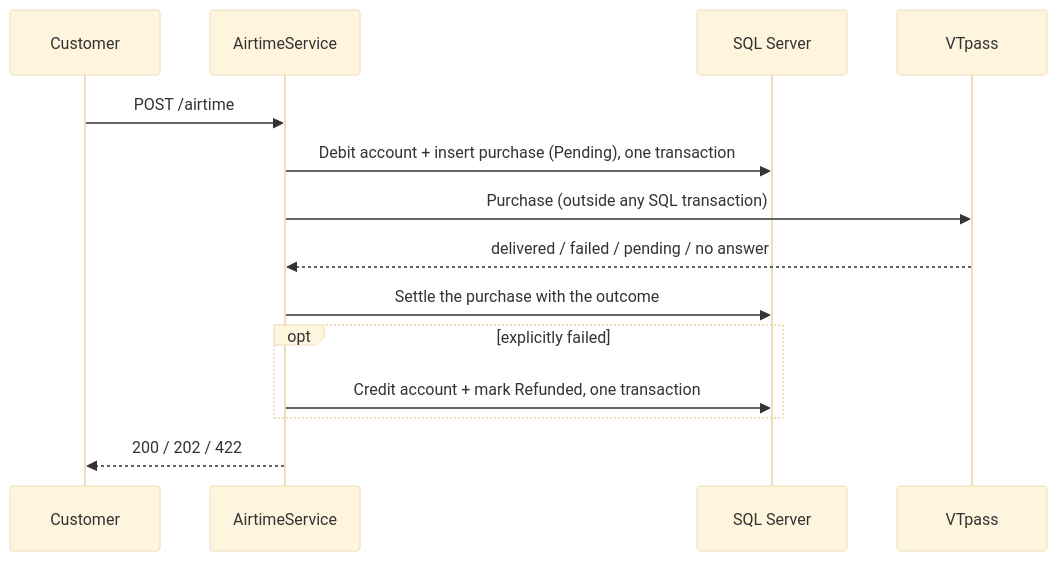
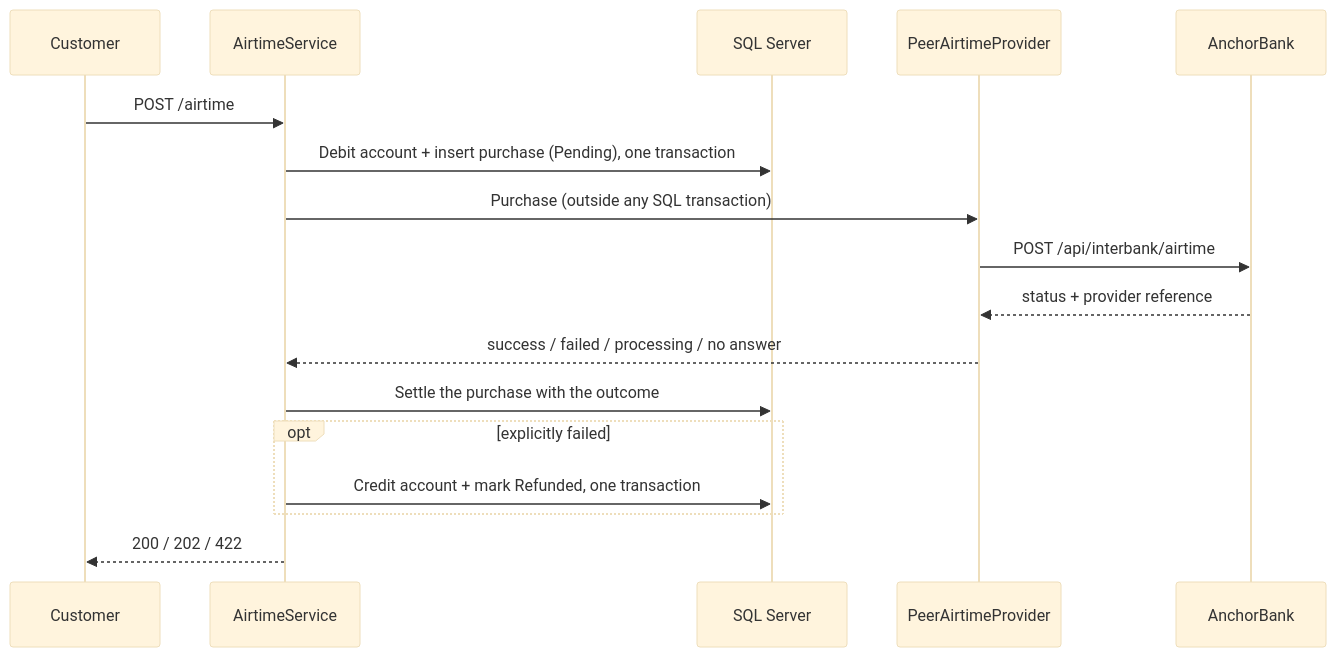
Before and after one commit to briankaine1604/BridgeBank: the second of 2 diagrams in README.md, drawn with Mermaid (base theme). The commit also changed other lines of this file, not shown here.

Commit message:
bank a and b in readme

````diff
--- a/README.md
+++ b/README.md
@@ -113,17 +124,20 @@
 ```mermaid
 sequenceDiagram
     participant C as Customer
     participant S as AirtimeService
     participant DB as SQL Server
-    participant V as VTpass
+    participant P as PeerAirtimeProvider
+    participant A as AnchorBank
 
     C->>S: POST /airtime
     S->>DB: Debit account + insert purchase (Pending), one transaction
-    S->>V: Purchase (outside any SQL transaction)
-    V-->>S: delivered / failed / pending / no answer
+    S->>P: Purchase (outside any SQL transaction)
+    P->>A: POST /api/interbank/airtime
+    A-->>P: status + provider reference
+    P-->>S: success / failed / processing / no answer
     S->>DB: Settle the purchase with the outcome
     opt explicitly failed
         S->>DB: Credit account + mark Refunded, one transaction
     end
     S-->>C: 200 / 202 / 422
 ```
````
